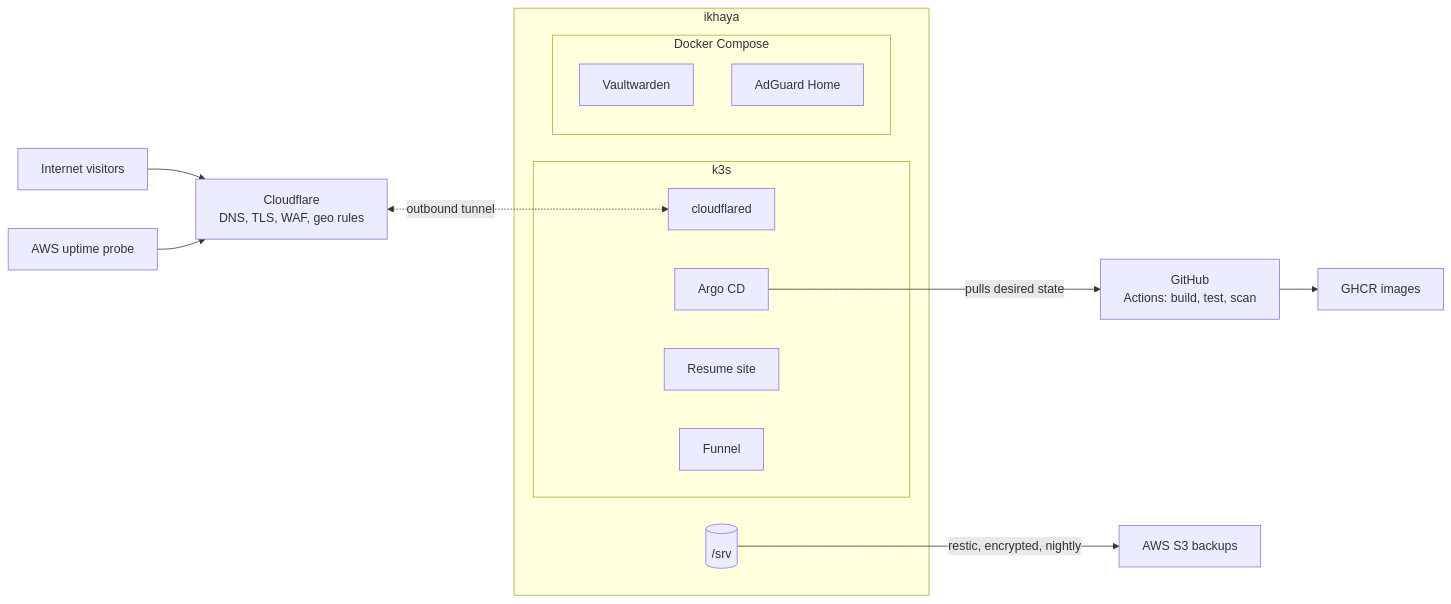
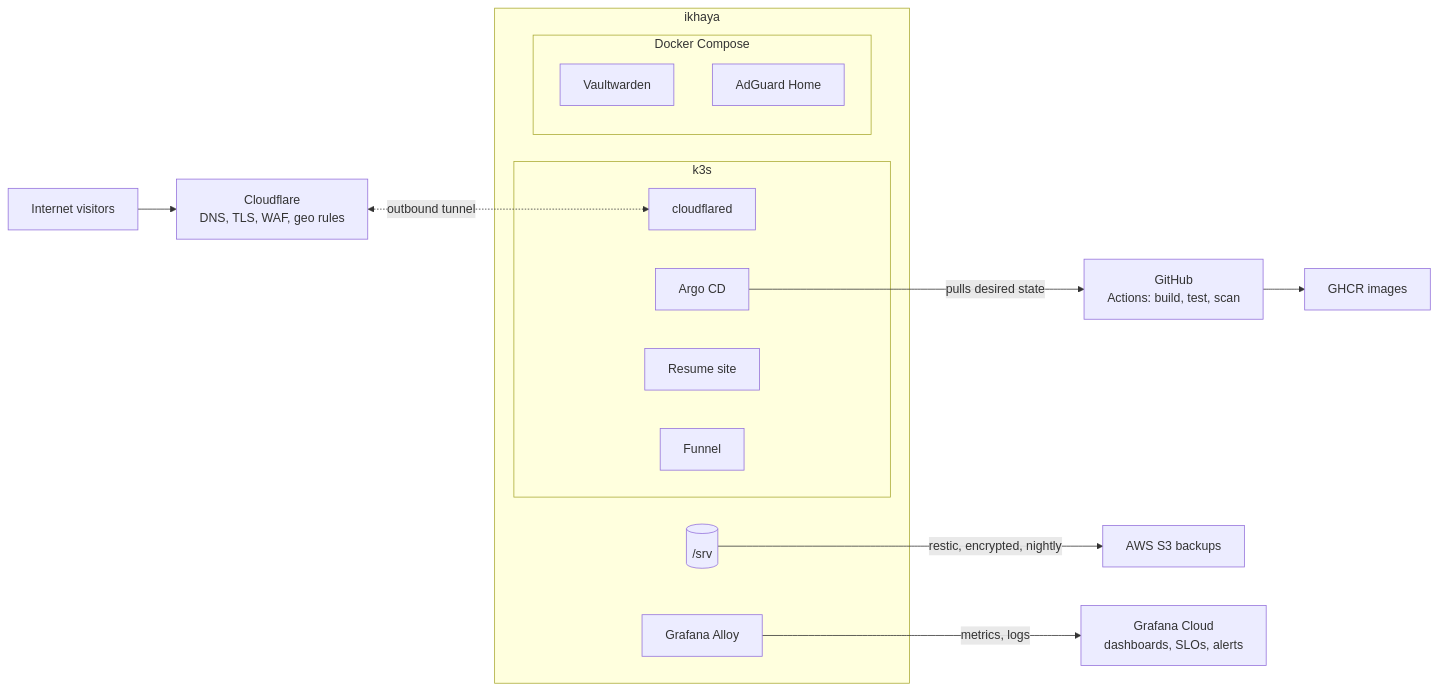
One commit to anelehina/ikhaya-platform changed the second of 2 diagrams in docs/architecture.md. Above: the diagram before and after it, drawn with Mermaid. The commit also changed other lines of this file and 2 other files, not shown here.

First line of the commit message:
Add ADRs 0001-0002 and update architecture with monitoring layer (#5)

````diff
--- a/docs/architecture.md
+++ b/docs/architecture.md
@@ -42,24 +53,25 @@
 ```mermaid
 flowchart LR
     Visitors["Internet visitors"] --> CF["Cloudflare<br/>DNS, TLS, WAF, geo rules"]
     CF <-.->|"outbound tunnel"| CFD["cloudflared"]
 
     subgraph Ikhaya["ikhaya"]
         subgraph K3s["k3s"]
             Argo["Argo CD"]
             CFD
             Resume["Resume site"]
             Funnel["Funnel"]
         end
         subgraph Compose["Docker Compose"]
             VW["Vaultwarden"]
             AG["AdGuard Home"]
         end
+        Alloy["Grafana Alloy"]
         SRV[("/srv")]
     end
 
     GH["GitHub<br/>Actions: build, test, scan"] --> GHCR["GHCR images"]
     Argo -->|"pulls desired state"| GH
     SRV -->|"restic, encrypted, nightly"| S3["AWS S3 backups"]
-    Probe["AWS uptime probe"] --> CF
+    Alloy -->|"metrics, logs"| GC["Grafana Cloud<br/>dashboards, SLOs, alerts"]
 ```
````
